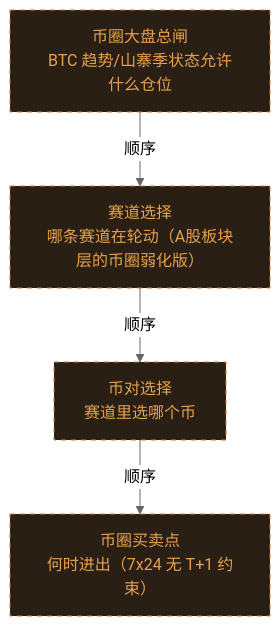
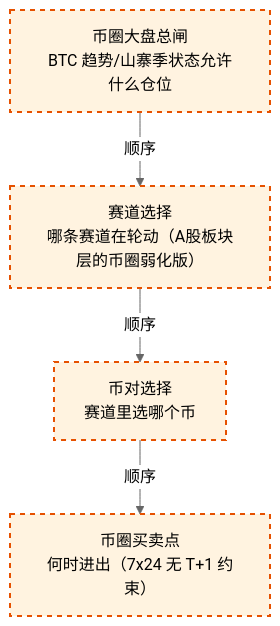
The diagram in docs/02_enterprise_architecture/10_trading_map/trading_map_00_panorama.md (xuanFelixVan/ZephyrAlpha), drawn with Mermaid (neutral theme) before and after one commit. The commit also changed other lines of this file and 11 other files, not shown here.

````diff
--- a/docs/02_enterprise_architecture/10_trading_map/trading_map_00_panorama.md
+++ b/docs/02_enterprise_architecture/10_trading_map/trading_map_00_panorama.md
@@ -20,13 +20,14 @@
 ```mermaid
 flowchart TD
   TDM_C_L1["币圈大盘总闸<br/>BTC 趋势/山寨季状态允许什么仓位"]
   TDM_C_L2["赛道选择<br/>哪条赛道在轮动（A股板块层的币圈弱化版）"]
   TDM_C_L3["币对选择<br/>赛道里选哪个币"]
   TDM_C_L4["币圈买卖点<br/>何时进出（7x24 无 T+1 约束）"]
   TDM_C_L1 -->|顺序| TDM_C_L2
   TDM_C_L2 -->|顺序| TDM_C_L3
   TDM_C_L3 -->|顺序| TDM_C_L4
-  classDef red fill:#2a1f14,stroke:#d97b29,color:#e8a04c,stroke-dasharray: 5 5;
-  classDef paper fill:#14263a,stroke:#3d8bff,color:#9cc3ef;
-  class TDM_C_L1,TDM_C_L2,TDM_C_L3,TDM_C_L4 red;
+  classDef production fill:#e1f5fe,stroke:#01579b,stroke-width:2px,color:#000;
+  classDef design fill:#fff3e0,stroke:#e65100,stroke-width:2px,color:#000,stroke-dasharray: 5 5;
+  classDef paper fill:#e8f5e9,stroke:#2e7d32,stroke-width:2.5px,color:#000;
+  class TDM_C_L1,TDM_C_L2,TDM_C_L3,TDM_C_L4 design;
 ```
````
